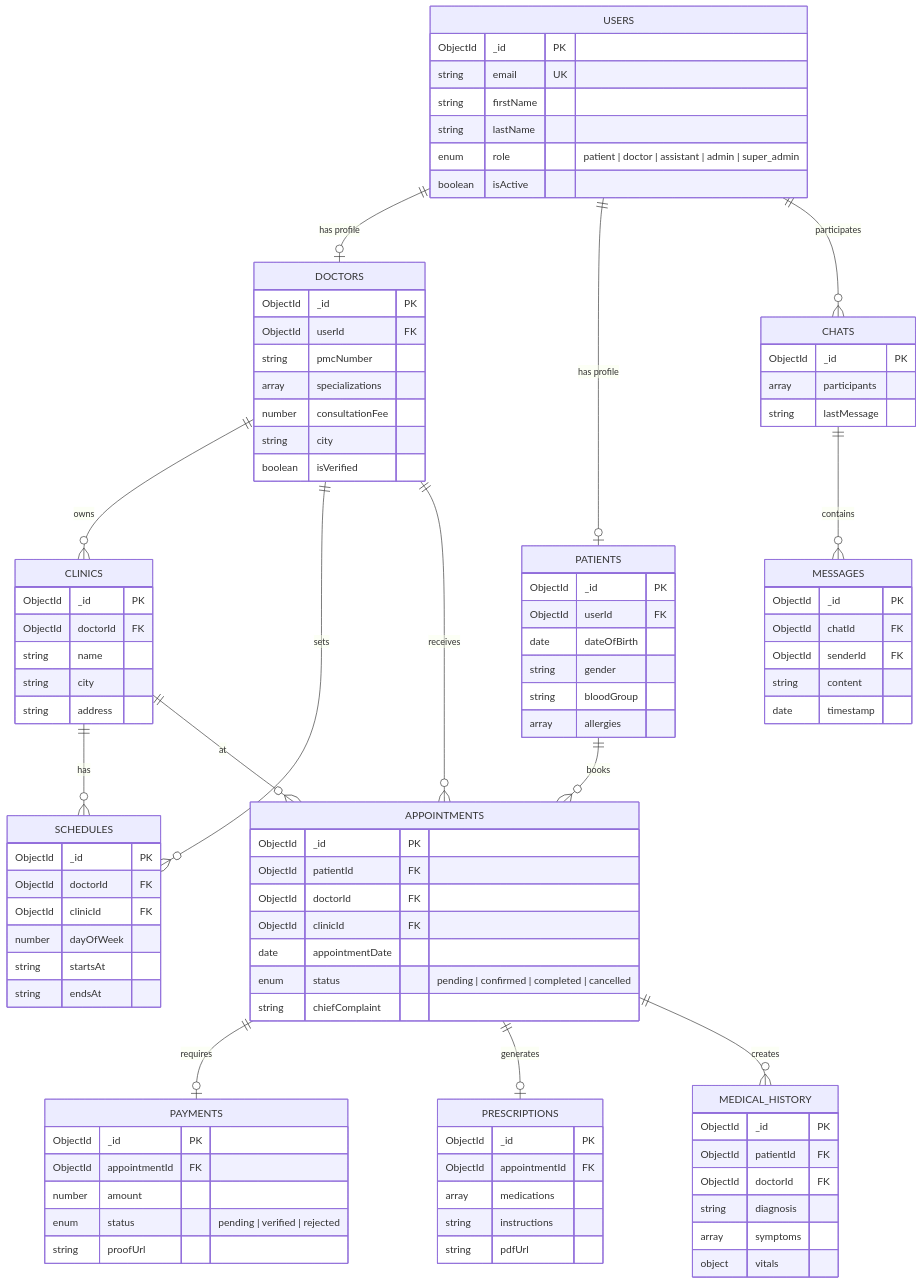
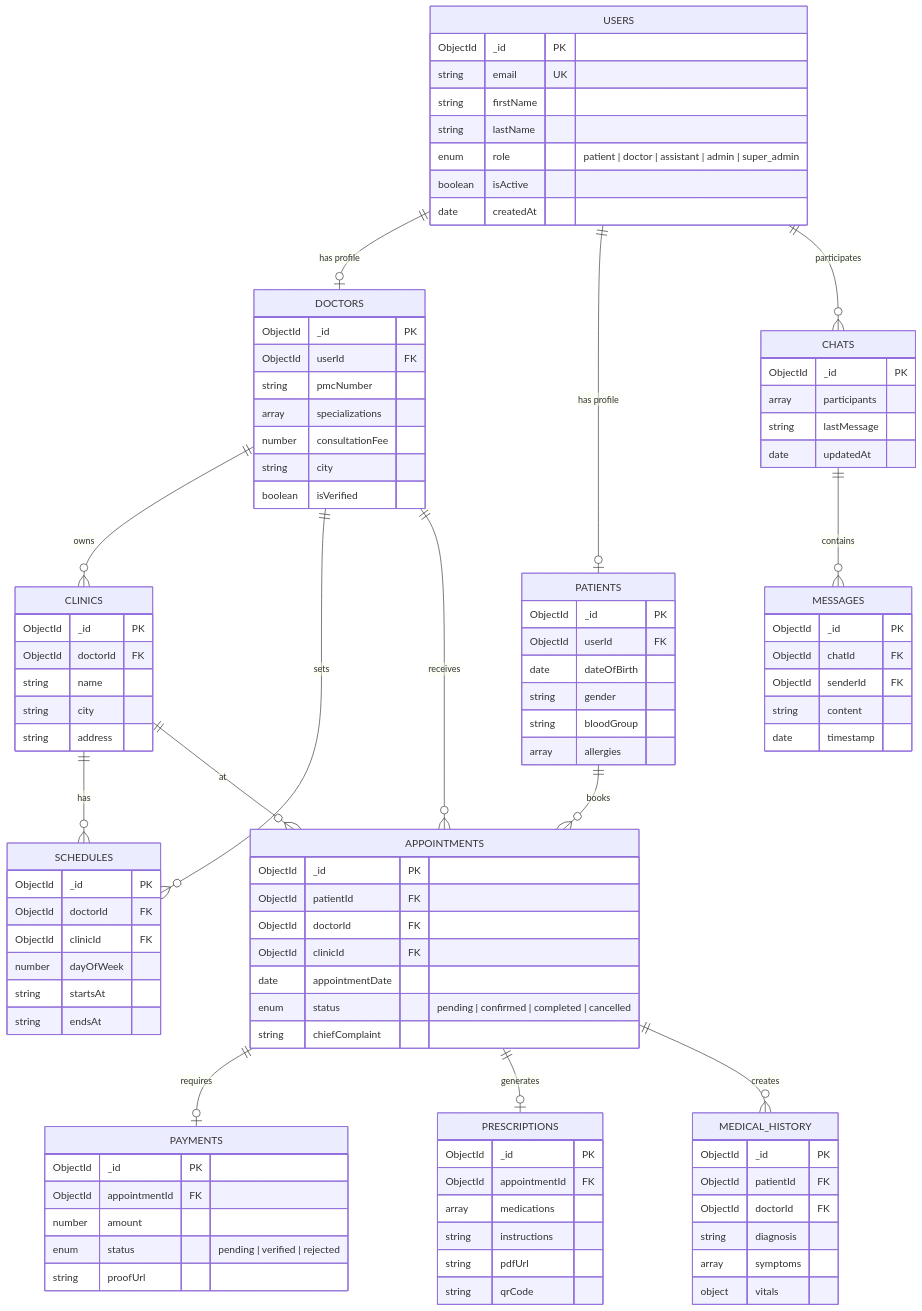
The second of 4 diagrams in README.md (awaisali022/hospital-management-system), drawn with Mermaid before and after one commit. The commit also changed other lines of this file and 10 other files, not shown here.

```diff
--- a/README.md
+++ b/README.md
@@ -122,6 +162,7 @@
     string lastName
     enum role "patient | doctor | assistant | admin | super_admin"
     boolean isActive
+    date createdAt
   }
 
   DOCTORS {
@@ -159,6 +200,7 @@
     array medications
     string instructions
     string pdfUrl
+    string qrCode
   }
 
   MEDICAL_HISTORY {
@@ -199,6 +241,7 @@
     ObjectId _id PK
     array participants
     string lastMessage
+    date updatedAt
   }
 
   MESSAGES {
```
